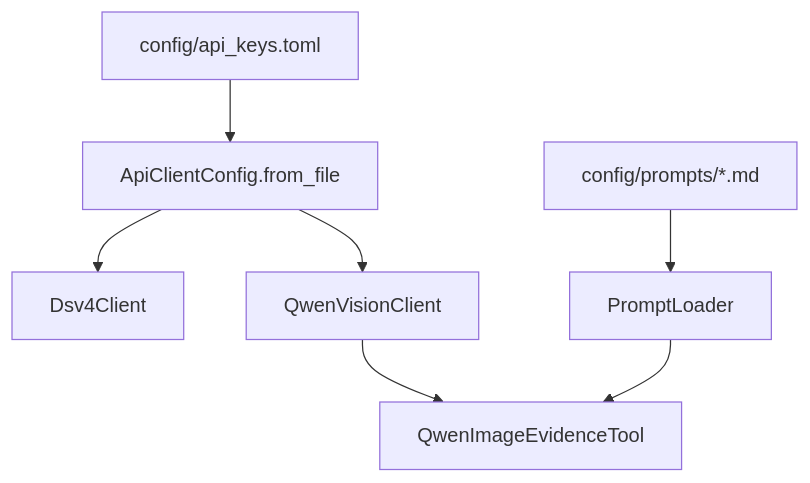
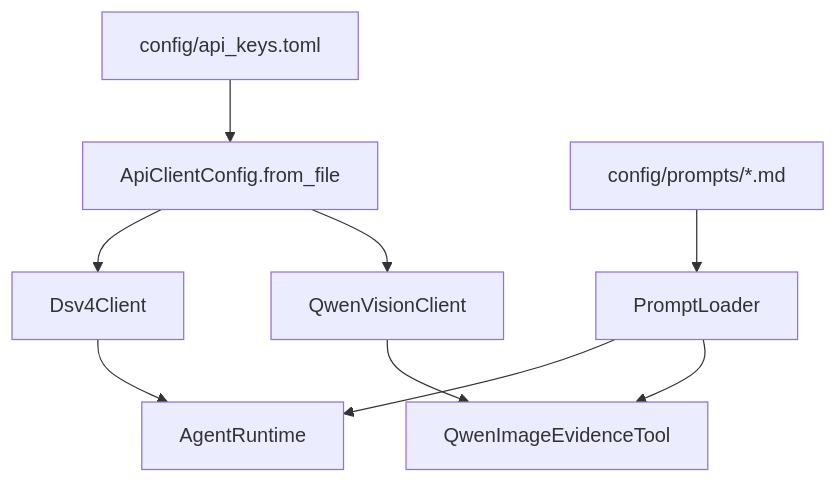
One commit to jilingxt/agent_demo changed the first of 2 diagrams in TECHNICAL_ARCHITECTURE.md. Above: the diagram before and after it, drawn with Mermaid. The commit also changed other lines of this file and 19 other files, not shown here.

````diff
--- a/TECHNICAL_ARCHITECTURE.md
+++ b/TECHNICAL_ARCHITECTURE.md
@@ -56,9 +50,11 @@
 ```mermaid
 flowchart TD
   A["config/api_keys.toml"] --> B["ApiClientConfig.from_file"]
   B --> C["Dsv4Client"]
   B --> D["QwenVisionClient"]
   E["config/prompts/*.md"] --> F["PromptLoader"]
-  F --> G["QwenImageEvidenceTool"]
-  D --> G
+  F --> G["AgentRuntime"]
+  C --> G
+  D --> H["QwenImageEvidenceTool"]
+  F --> H
 ```
````
